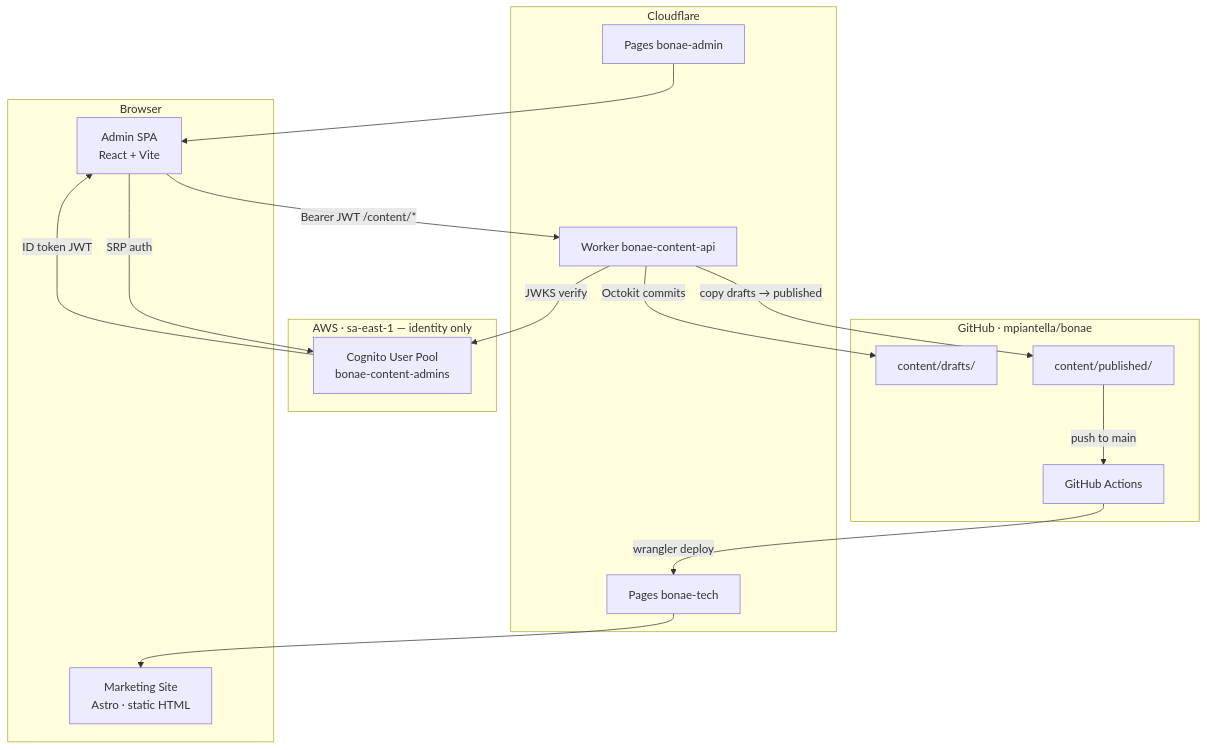
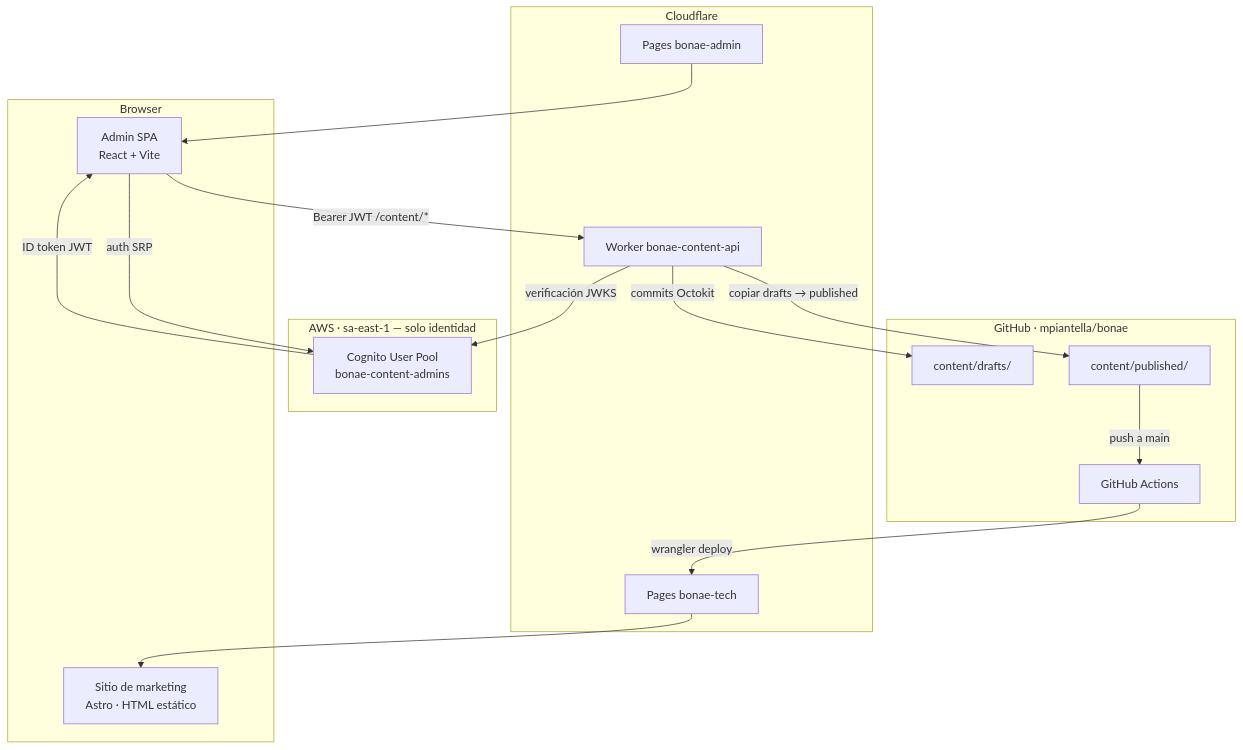
One commit to Bonae-Tech/bonae-tech changed the first of 5 diagrams in docs/architecture.md. Above: the diagram before and after it, drawn with Mermaid. The commit also changed other lines of this file and 21 other files, not shown here.

````diff
--- a/docs/architecture.md
+++ b/docs/architecture.md
@@ -22,34 +22,34 @@
 ```mermaid
 flowchart TD
     subgraph Browser
         AdminSPA["Admin SPA\nReact + Vite"]
-        MarketingSite["Marketing Site\nAstro · static HTML"]
+        MarketingSite["Sitio de marketing\nAstro · HTML estático"]
     end
 
-    subgraph AWS["AWS · sa-east-1 — identity only"]
+    subgraph AWS["AWS · sa-east-1 — solo identidad"]
         Cognito["Cognito User Pool\nbonae-content-admins"]
     end
 
     subgraph Cloudflare
         AdminPages["Pages bonae-admin"]
         Worker["Worker bonae-content-api"]
         CFPages["Pages bonae-tech"]
     end
 
     subgraph GitHub["GitHub · mpiantella/bonae"]
         Drafts["content/drafts/"]
         Published["content/published/"]
         Actions["GitHub Actions"]
     end
 
-    AdminSPA -->|"SRP auth"| Cognito
+    AdminSPA -->|"auth SRP"| Cognito
     Cognito -->|"ID token JWT"| AdminSPA
     AdminPages --> AdminSPA
     AdminSPA -->|"Bearer JWT /content/*"| Worker
-    Worker -->|"JWKS verify"| Cognito
-    Worker -->|"Octokit commits"| Drafts
-    Worker -->|"copy drafts → published"| Published
-    Published -->|"push to main"| Actions
+    Worker -->|"verificación JWKS"| Cognito
+    Worker -->|"commits Octokit"| Drafts
+    Worker -->|"copiar drafts → published"| Published
+    Published -->|"push a main"| Actions
     Actions -->|"wrangler deploy"| CFPages
     CFPages --> MarketingSite
 ```
````
